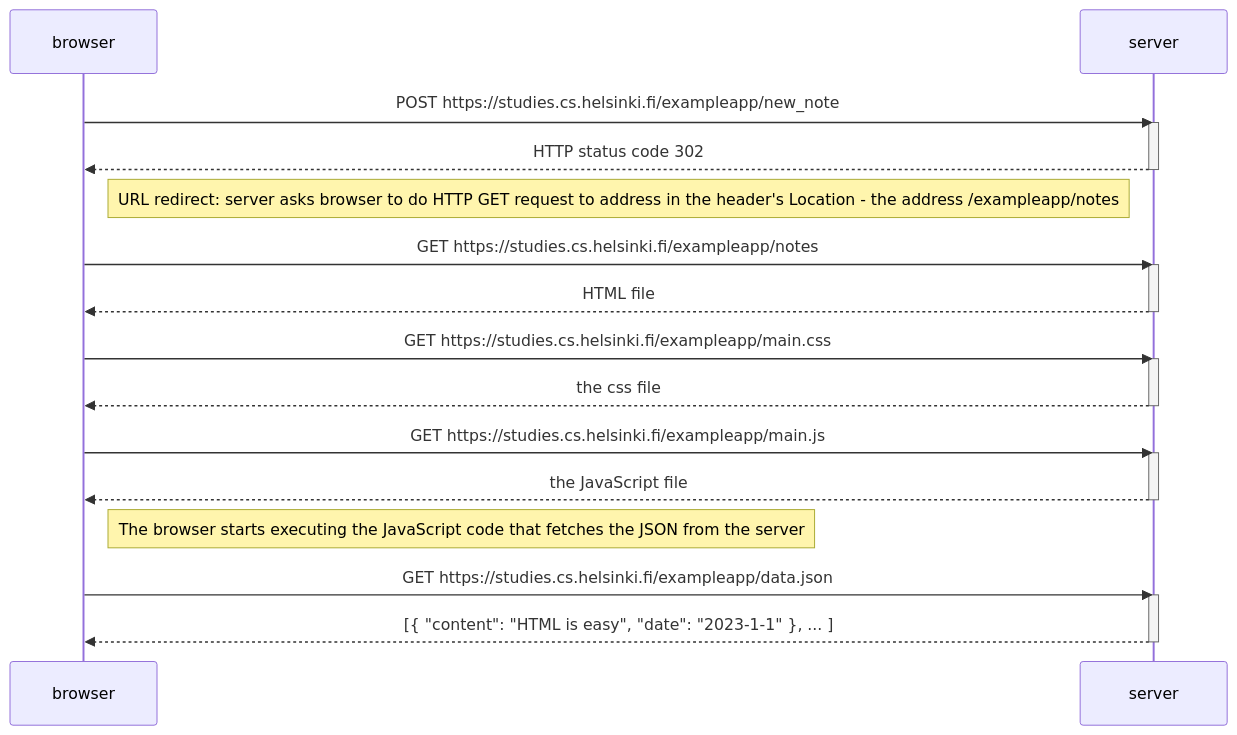
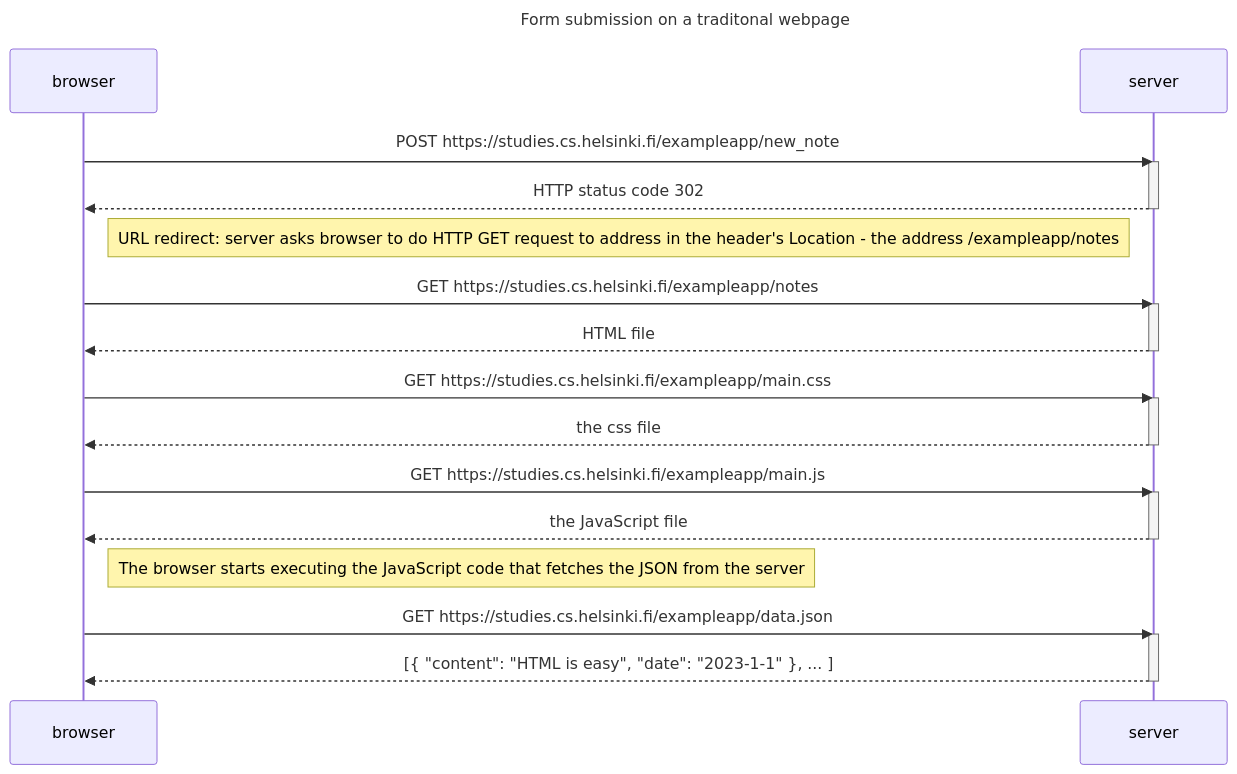
The diagram in part0/0.4.md (clewandowski32/fullstackcourse), drawn with Mermaid before and after one commit.

Commit message:
Update 0.4.md to add title

````diff
--- a/part0/0.4.md
+++ b/part0/0.4.md
@@ -1,34 +1,35 @@
 ```mermaid
 sequenceDiagram
+    title Form submission on a traditonal webpage
     participant browser
     participant server
 
     browser->>server: POST https://studies.cs.helsinki.fi/exampleapp/new_note
     activate server
     server-->>browser: HTTP status code 302
     deactivate server
     
     Note right of browser: URL redirect: server asks browser to do HTTP GET request to address in the      header's Location - the address /exampleapp/notes
     
     browser->>server: GET https://studies.cs.helsinki.fi/exampleapp/notes
     activate server
     server-->>browser: HTML file
     deactivate server
 
     browser->>server: GET https://studies.cs.helsinki.fi/exampleapp/main.css
     activate server
     server-->>browser: the css file
     deactivate server
 
     browser->>server: GET https://studies.cs.helsinki.fi/exampleapp/main.js
     activate server
     server-->>browser: the JavaScript file
     deactivate server
 
     Note right of browser: The browser starts executing the JavaScript code that fetches the JSON from the server
 
     browser->>server: GET https://studies.cs.helsinki.fi/exampleapp/data.json
     activate server
     server-->>browser: [{ "content": "HTML is easy", "date": "2023-1-1" }, ... ]
     deactivate server
 ```
````
